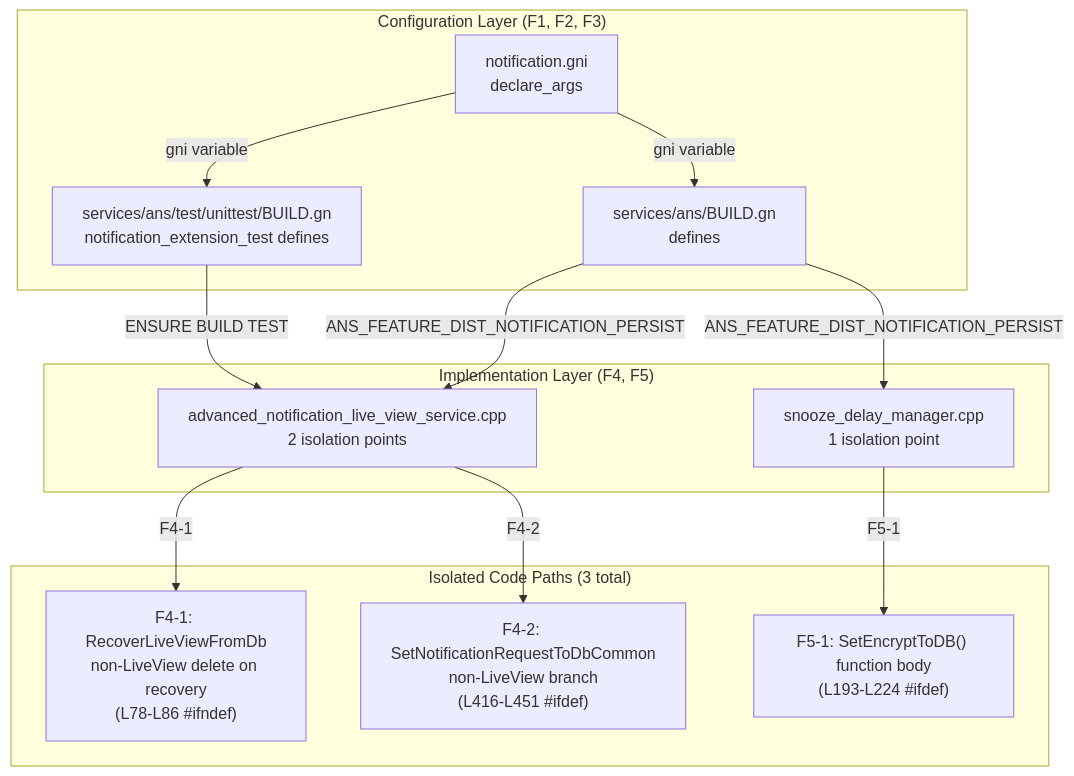
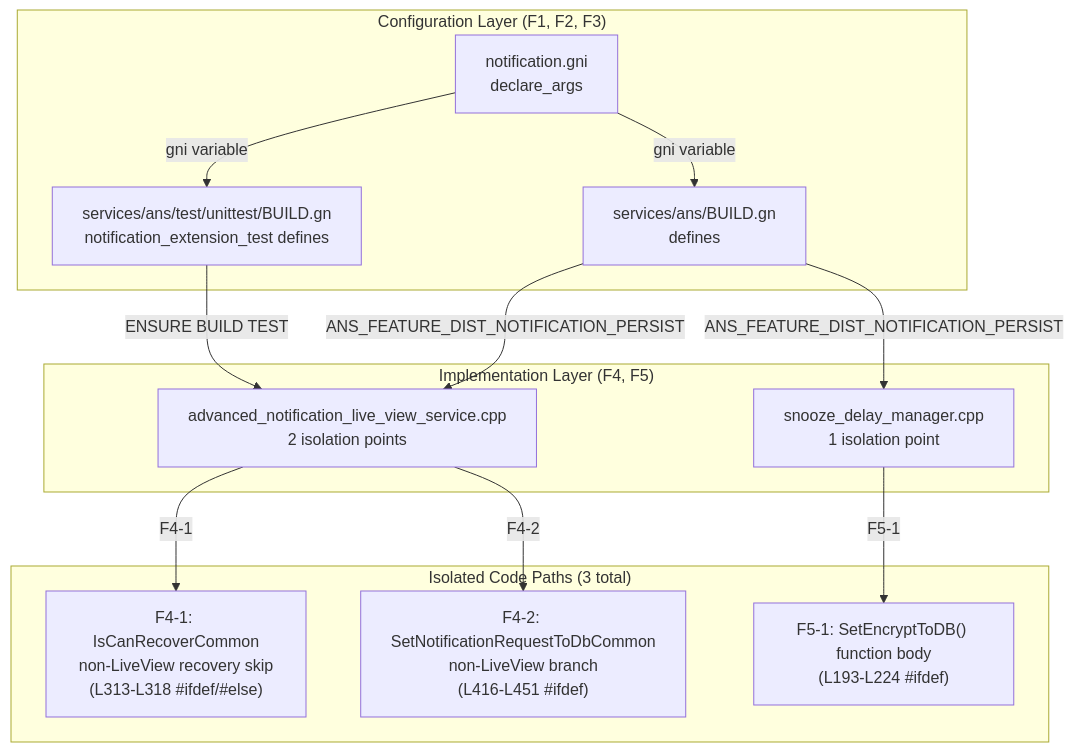
The first of 3 diagrams in .opencode/kb/features/dist-notification-persist-isolation/feature-development-plan.md (eclipse-oniro-mirrors/notification_distributed_notification_service), drawn with Mermaid before and after one commit. The commit also changed other lines of this file and 3 other files, not shown here.

First line of the commit message:
refactor(ans): move recovery isolation to IsCanRecoverCommon with #ifdef pattern

````diff
--- a/.opencode/kb/features/dist-notification-persist-isolation/feature-development-plan.md
+++ b/.opencode/kb/features/dist-notification-persist-isolation/feature-development-plan.md
@@ -63,29 +63,29 @@
 ```mermaid
 flowchart TB
     subgraph "Configuration Layer (F1, F2, F3)"
         F1[notification.gni<br/>declare_args]
         F2[services/ans/BUILD.gn<br/>defines]
         F3[services/ans/test/unittest/BUILD.gn<br/>notification_extension_test defines]
     end
 
     subgraph "Implementation Layer (F4, F5)"
         F4[advanced_notification_live_view_service.cpp<br/>2 isolation points]
         F5[snooze_delay_manager.cpp<br/>1 isolation point]
     end
 
     F1 -->|gni variable| F2
     F1 -->|gni variable| F3
     F2 -->|ANS_FEATURE_DIST_NOTIFICATION_PERSIST| F4
     F2 -->|ANS_FEATURE_DIST_NOTIFICATION_PERSIST| F5
     F3 -->|ENSURE BUILD TEST| F4
 
     subgraph "Isolated Code Paths (3 total)"
-        I1["F4-1: RecoverLiveViewFromDb<br/>non-LiveView delete on recovery<br/>(L78-L86 #ifndef)"]
+        I1["F4-1: IsCanRecoverCommon<br/>non-LiveView recovery skip<br/>(L313-L318 #ifdef/#else)"]
         I3["F4-2: SetNotificationRequestToDbCommon<br/>non-LiveView branch<br/>(L416-L451 #ifdef)"]
         I4["F5-1: SetEncryptToDB() function body<br/>(L193-L224 #ifdef)"]
     end
 
     F4 -->|F4-1| I1
     F4 -->|F4-2| I3
     F5 -->|F5-1| I4
 ```
````
